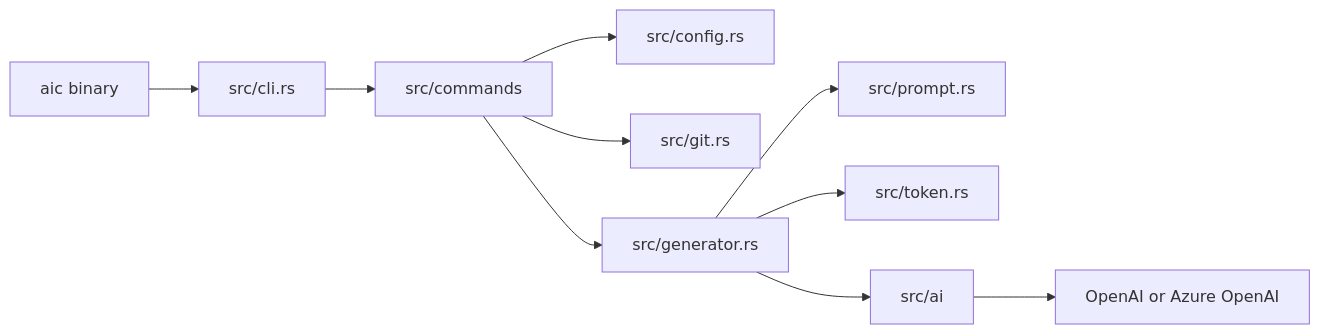
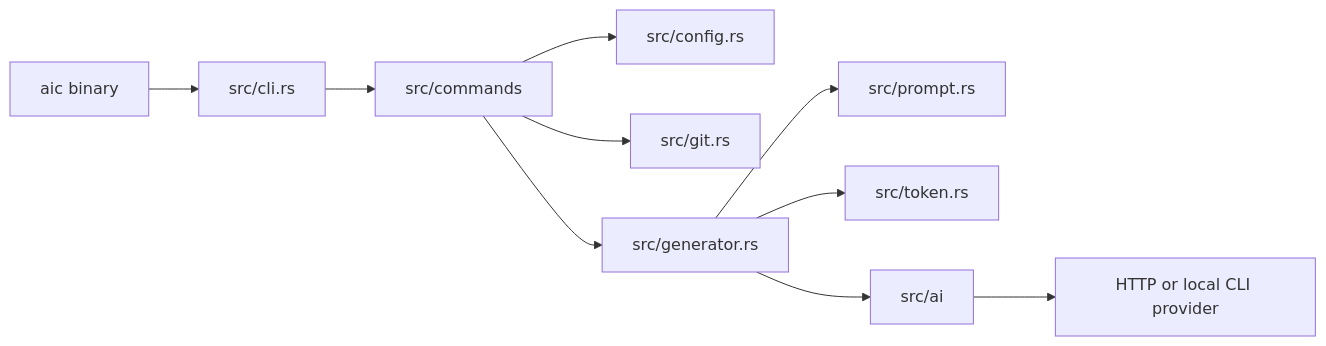
The first of 2 diagrams in docs/architecture.md (russmckendrick/aicommit), drawn with Mermaid before and after one commit. The commit also changed other lines of this file and 15 other files, not shown here.

First line of the commit message:
✨ feat(ai): unlock local CLI providers for claude-code and codex

````diff
--- a/docs/architecture.md
+++ b/docs/architecture.md
@@ -19,12 +19,12 @@
 ```mermaid
 flowchart LR
     Bin["aic binary"] --> Cli["src/cli.rs"]
     Cli --> Commands["src/commands"]
     Commands --> Config["src/config.rs"]
     Commands --> Git["src/git.rs"]
     Commands --> Generator["src/generator.rs"]
     Generator --> Prompt["src/prompt.rs"]
     Generator --> Token["src/token.rs"]
     Generator --> Ai["src/ai"]
-    Ai --> Provider["OpenAI or Azure OpenAI"]
+    Ai --> Provider["HTTP or local CLI provider"]
 ```
````
